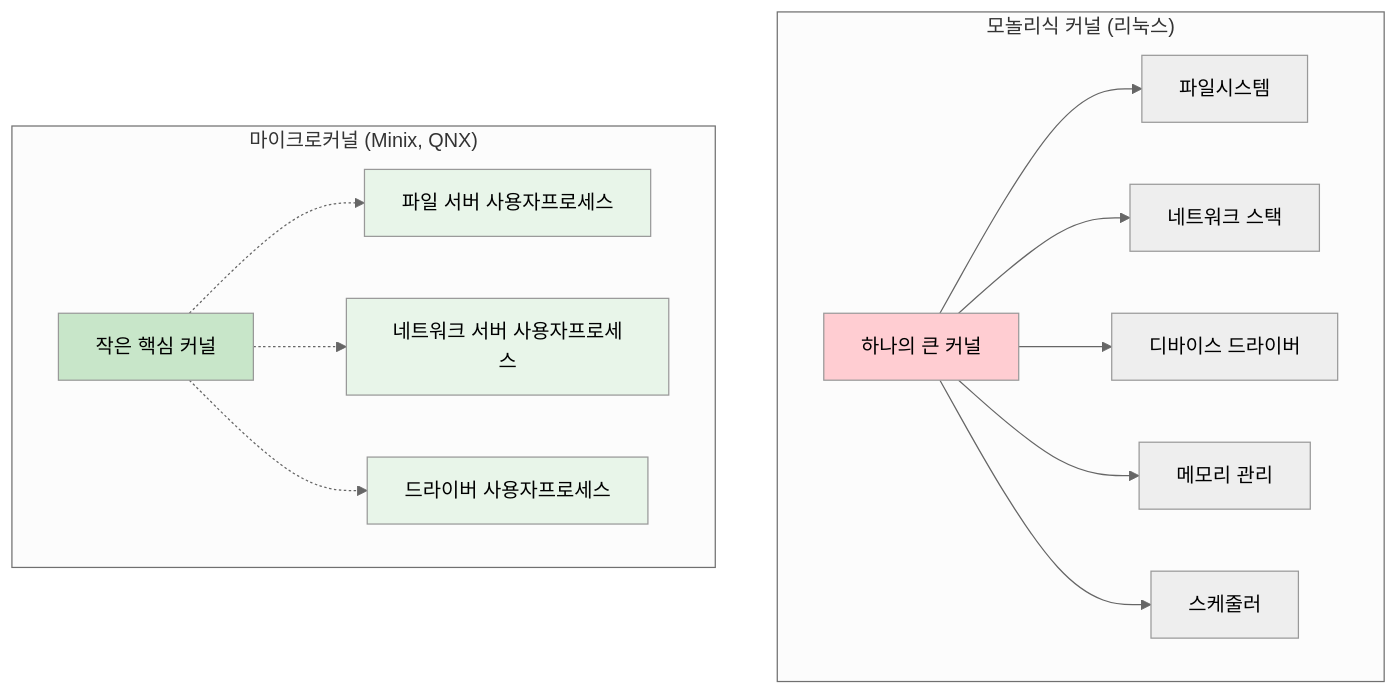
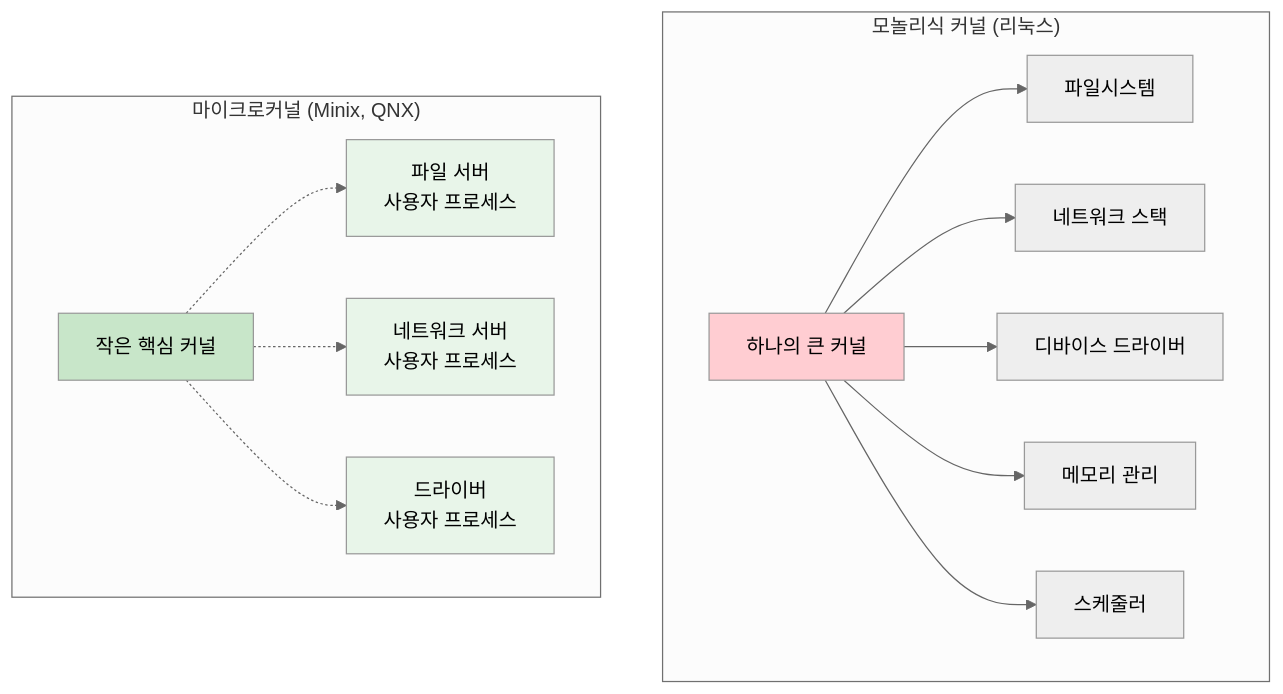
The second of 3 diagrams in docs/cs/guide/chapter-04-syscall-kernel/04-01-03-kernel-design-philosophy.md (choru-k/choru-wiki), drawn with Mermaid (neutral theme) before and after one commit. The commit also changed other lines of this file and 5 other files, not shown here.

First line of the commit message:
fix: resolve all Mermaid diagram syntax errors in Chapter 4 System Call & Kernel

````diff
--- a/docs/cs/guide/chapter-04-syscall-kernel/04-01-03-kernel-design-philosophy.md
+++ b/docs/cs/guide/chapter-04-syscall-kernel/04-01-03-kernel-design-philosophy.md
@@ -92,24 +92,27 @@
 ```mermaid
 graph TB
     subgraph MONO_KERNEL["모놀리식 커널 (리눅스)"]
-        MONO[하나의 큰 커널]
-        MONO --> FS1[파일시스템]
-        MONO --> NET1[네트워크 스택]
-        MONO --> DRV1[디바이스 드라이버]
-        MONO --> MM1[메모리 관리]
-        MONO --> SCHED1[스케줄러]
+        MONO["하나의 큰 커널"]
+        MONO --> FS1["파일시스템"]
+        MONO --> NET1["네트워크 스택"]
+        MONO --> DRV1["디바이스 드라이버"]
+        MONO --> MM1["메모리 관리"]
+        MONO --> SCHED1["스케줄러"]
     end
 
     subgraph MICRO_KERNEL["마이크로커널 (Minix, QNX)"]
-        MICRO[작은 핵심 커널]
-        MICRO -.-> FS2["파일 서버 사용자프로세스"]
-        MICRO -.-> NET2["네트워크 서버 사용자프로세스"]
-        MICRO -.-> DRV2["드라이버 사용자프로세스"]
+        MICRO["작은 핵심 커널"]
+        MICRO -.-> FS2["파일 서버
+사용자 프로세스"]
+        MICRO -.-> NET2["네트워크 서버
+사용자 프로세스"]
+        MICRO -.-> DRV2["드라이버
+사용자 프로세스"]
     end
 
     style MONO fill:#FFCDD2
     style MICRO fill:#C8E6C9
     style FS2 fill:#E8F5E9
     style NET2 fill:#E8F5E9
     style DRV2 fill:#E8F5E9
 ```
````
